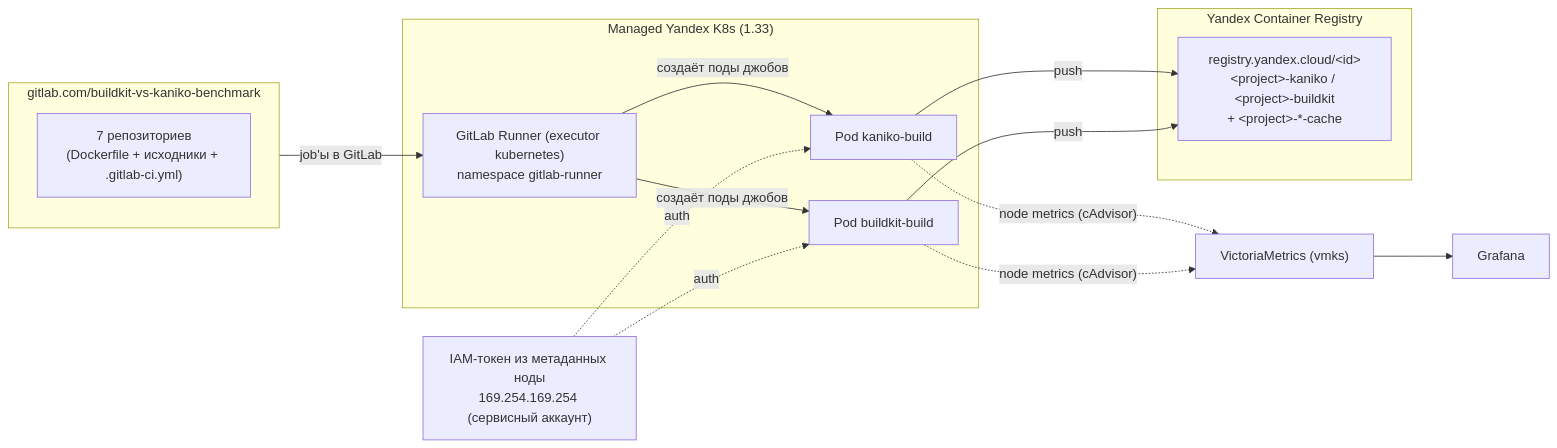
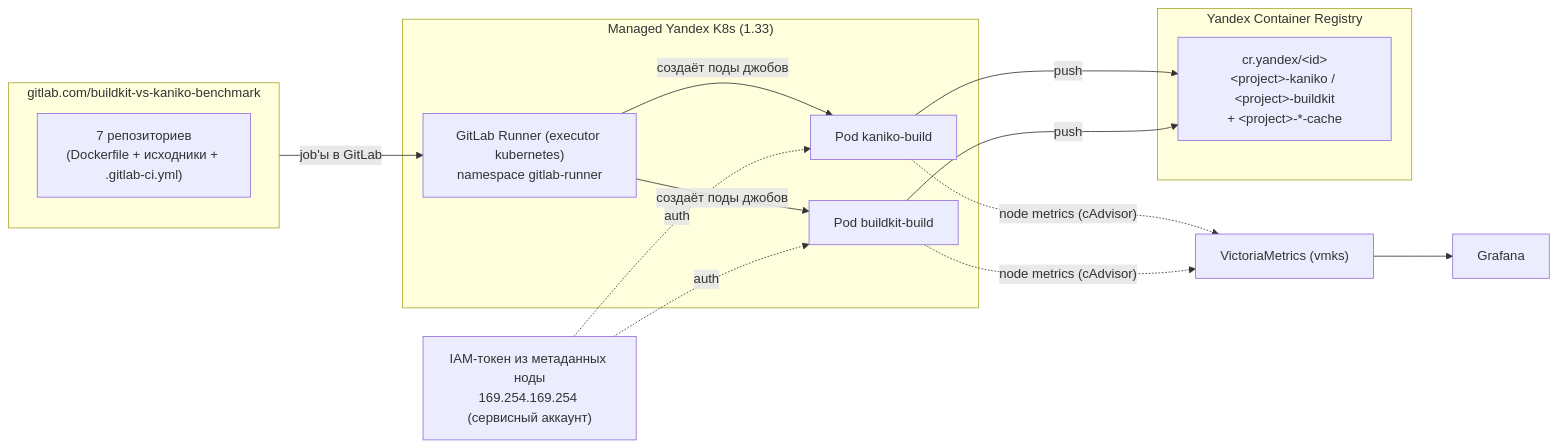
One commit to patsevanton/buildkit-vs-kaniko-benchmark changed the diagram in README.md. Above: the diagram before and after it, drawn with Mermaid. The commit also changed other lines of this file and 4 other files, not shown here.

````diff
--- a/README.md
+++ b/README.md
@@ -49,31 +49,31 @@
 ```mermaid
 flowchart LR
     subgraph GL["gitlab.com/buildkit-vs-kaniko-benchmark"]
         P1["7 репозиториев<br/>(Dockerfile + исходники + .gitlab-ci.yml)"]
     end
 
     subgraph K8s["Managed Yandex K8s (1.33)"]
         R["GitLab Runner (executor kubernetes)<br/>namespace gitlab-runner"]
         K["Pod kaniko-build"]
         B["Pod buildkit-build"]
         R -->|"создаёт поды джобов"| K
         R -->|"создаёт поды джобов"| B
     end
 
     subgraph YCR["Yandex Container Registry"]
-        REG["registry.yandex.cloud/&lt;id&gt;<br/>&lt;project&gt;-kaniko / &lt;project&gt;-buildkit<br/>+ &lt;project&gt;-*-cache"]
+        REG["cr.yandex/&lt;id&gt;<br/>&lt;project&gt;-kaniko / &lt;project&gt;-buildkit<br/>+ &lt;project&gt;-*-cache"]
     end
 
     MET["IAM-токен из метаданных ноды<br/>169.254.169.254 (сервисный аккаунт)"]
     VM["VictoriaMetrics (vmks)"]
     G["Grafana"]
 
     GL -->|"job'ы в GitLab"| R
     K -->|"push"| REG
     B -->|"push"| REG
     MET -.->|"auth"| K
     MET -.->|"auth"| B
     K -.->|"node metrics (cAdvisor)"| VM
     B -.->|"node metrics (cAdvisor)"| VM
     VM --> G
 ```
````
